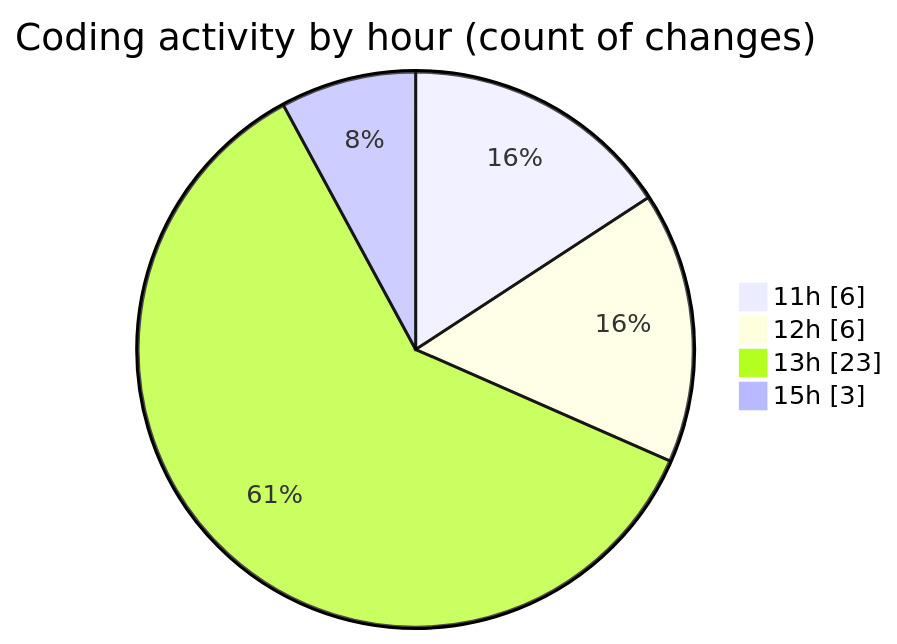
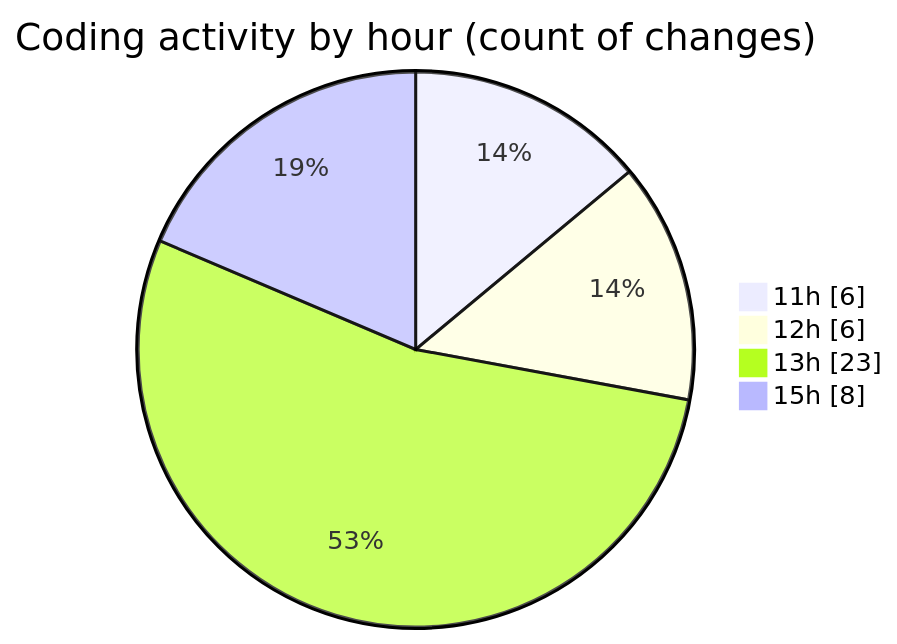
One commit to nxtqubesakshisongat/code-tracking changed the second of 2 diagrams in 2025-05-30/nxtqube_webapp/README.md. Above: the diagram before and after it, drawn with Mermaid. The commit also changed other lines of this file and 1 other file, not shown here.

````diff
--- a/2025-05-30/nxtqube_webapp/README.md
+++ b/2025-05-30/nxtqube_webapp/README.md
@@ -32,8 +32,8 @@
 ```mermaid
 pie showData
 title Coding activity by hour (count of changes)
 "11h" : 6
 "12h" : 6
 "13h" : 23
-"15h" : 3
+"15h" : 8
 ```
````
